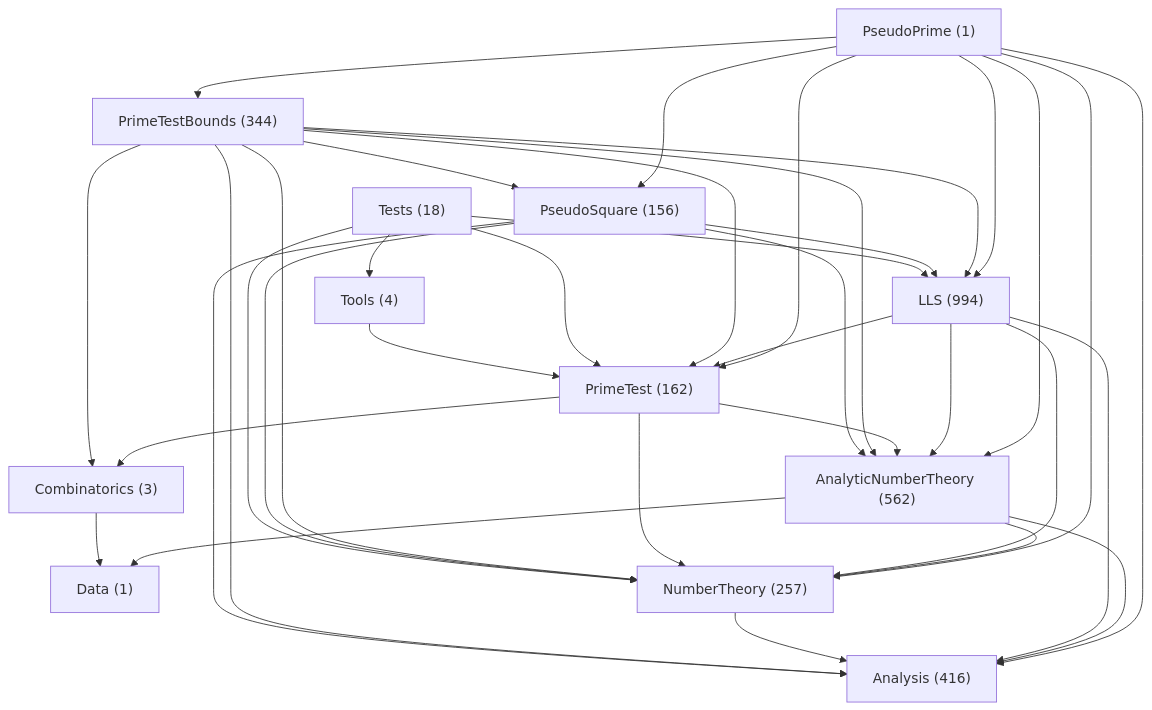
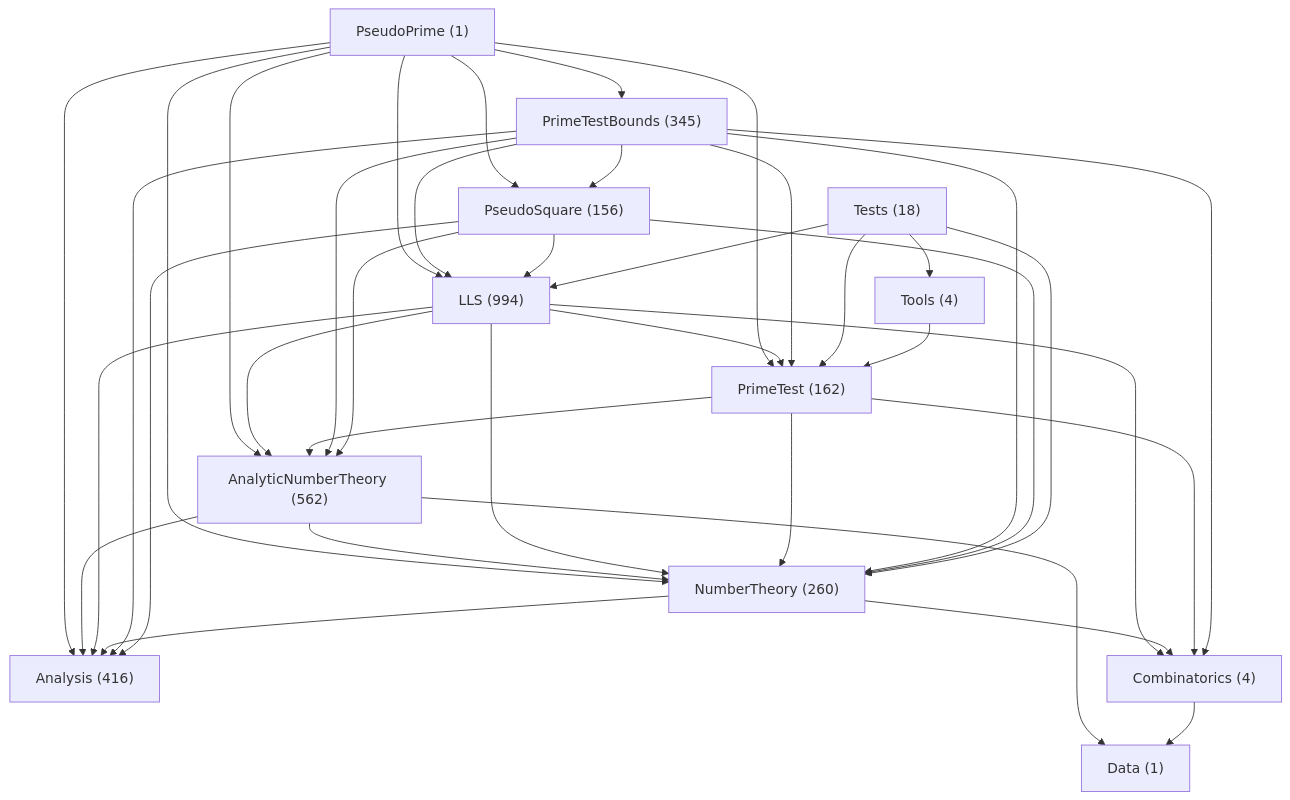
One commit to mizar/PseudoPrimeLean changed the diagram in doc/NamespaceLayout.md. Above: the diagram before and after it, drawn with Mermaid. The commit also changed other lines of this file, not shown here.

````diff
--- a/doc/NamespaceLayout.md
+++ b/doc/NamespaceLayout.md
@@ -133,50 +144,52 @@
 ```mermaid
 flowchart TD
     N0["PseudoPrime (1)"]
     N1["Analysis (416)"]
     N2["AnalyticNumberTheory (562)"]
-    N3["Combinatorics (3)"]
+    N3["Combinatorics (4)"]
     N4["Data (1)"]
     N5["LLS (994)"]
-    N6["NumberTheory (257)"]
+    N6["NumberTheory (260)"]
     N7["PrimeTest (162)"]
-    N8["PrimeTestBounds (344)"]
+    N8["PrimeTestBounds (345)"]
     N9["PseudoSquare (156)"]
     N10["Tests (18)"]
     N11["Tools (4)"]
     N0 --> N1
     N0 --> N2
     N0 --> N5
     N0 --> N6
     N0 --> N7
     N0 --> N8
     N0 --> N9
     N2 --> N1
     N2 --> N4
     N2 --> N6
     N3 --> N4
     N5 --> N1
     N5 --> N2
+    N5 --> N3
     N5 --> N6
     N5 --> N7
     N6 --> N1
+    N6 --> N3
     N7 --> N2
     N7 --> N3
     N7 --> N6
     N8 --> N1
     N8 --> N2
     N8 --> N3
     N8 --> N5
     N8 --> N6
     N8 --> N7
     N8 --> N9
     N9 --> N1
     N9 --> N2
     N9 --> N5
     N9 --> N6
     N10 --> N5
     N10 --> N6
     N10 --> N7
     N10 --> N11
     N11 --> N7
 ```
````
